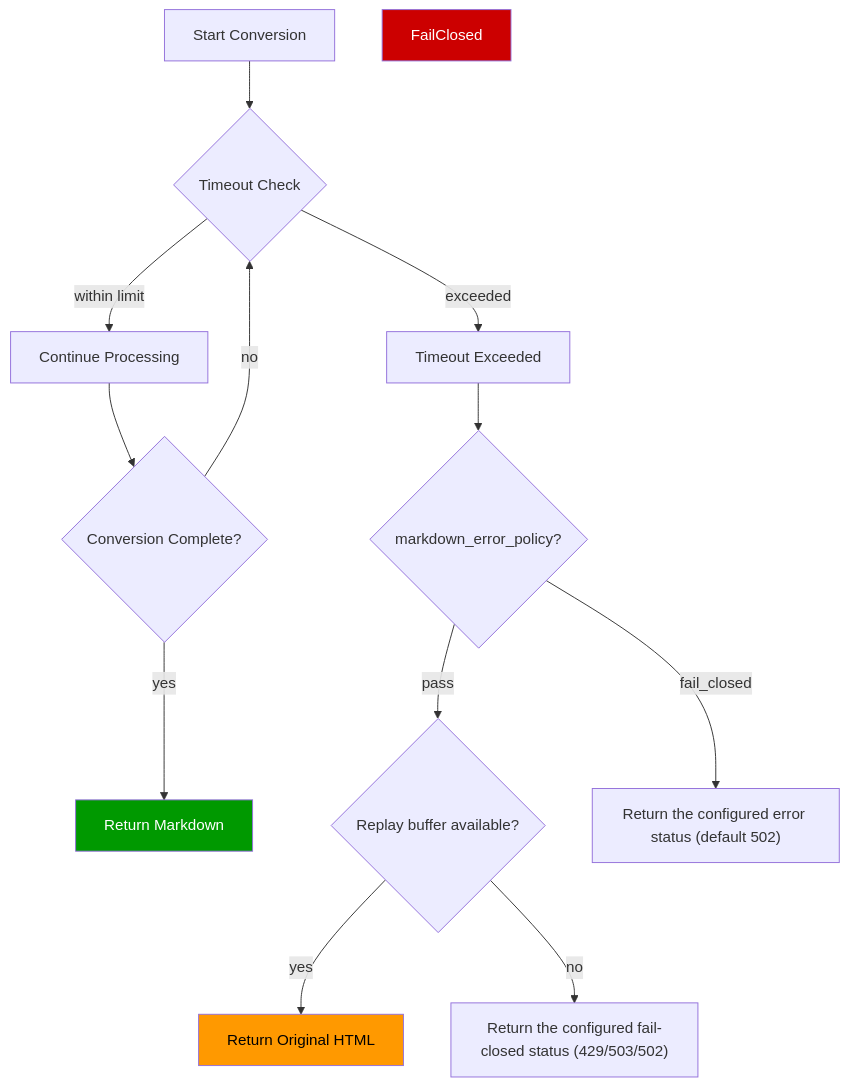
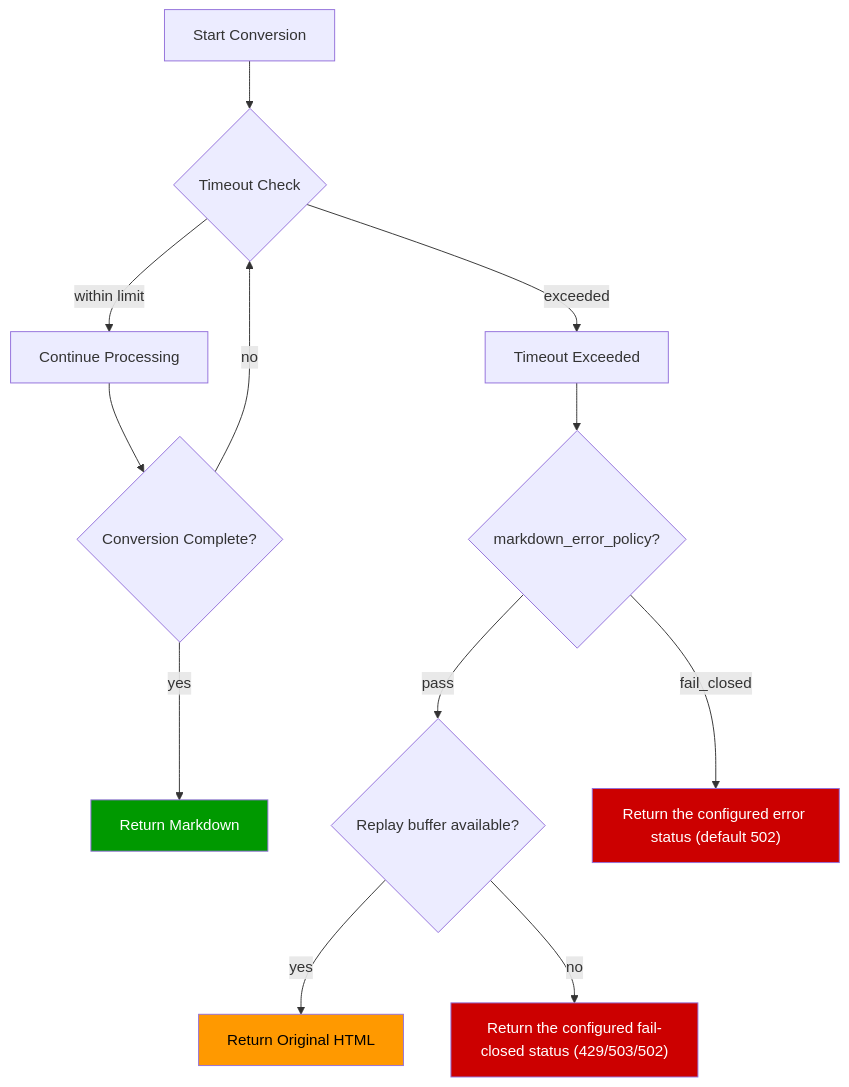
One commit to cnkang/nginx-markdown-for-agents changed the diagram in docs/features/COOPERATIVE_TIMEOUT.md. Above: the diagram before and after it, drawn with Mermaid. The commit also changed 3 other files, not shown here.

First line of the commit message:
fix(streaming): zero-length buffers keep valid bounds in deep clone; prebuilt migration instruction; anchored log-level probe; platform note; mermaid styles

````diff
--- a/docs/features/COOPERATIVE_TIMEOUT.md
+++ b/docs/features/COOPERATIVE_TIMEOUT.md
@@ -5,18 +5,19 @@
 ```mermaid
 flowchart TD
     Start["Start Conversion"] --> Check{"Timeout Check"}
     Check -->|within limit| Continue["Continue Processing"]
     Check -->|exceeded| Fail["Timeout Exceeded"]
     Continue --> Done{"Conversion Complete?"}
     Done -->|yes| Success["Return Markdown"]
     Done -->|no| Check
     Fail --> OnError{"markdown_error_policy?"}
     OnError -->|pass| ReplayAvail{"Replay buffer available?"}
     ReplayAvail -->|yes| FailOpen["Return Original HTML"]
     ReplayAvail -->|no| ReplayUnavailableClosed["Return the configured fail-closed status (429/503/502)"]
     OnError -->|fail_closed| PolicyClosed["Return the configured error status (default 502)"]
 
     style Success fill:#090,color:#fff
     style FailOpen fill:#f90,color:#000
-    style FailClosed fill:#c00,color:#fff
+    style PolicyClosed fill:#c00,color:#fff
+    style ReplayUnavailableClosed fill:#c00,color:#fff
 ```
````
